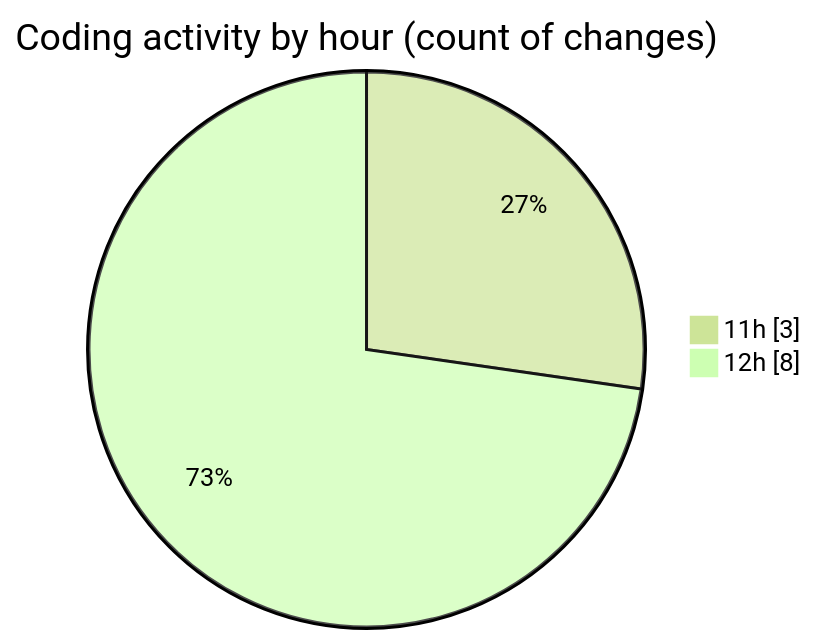
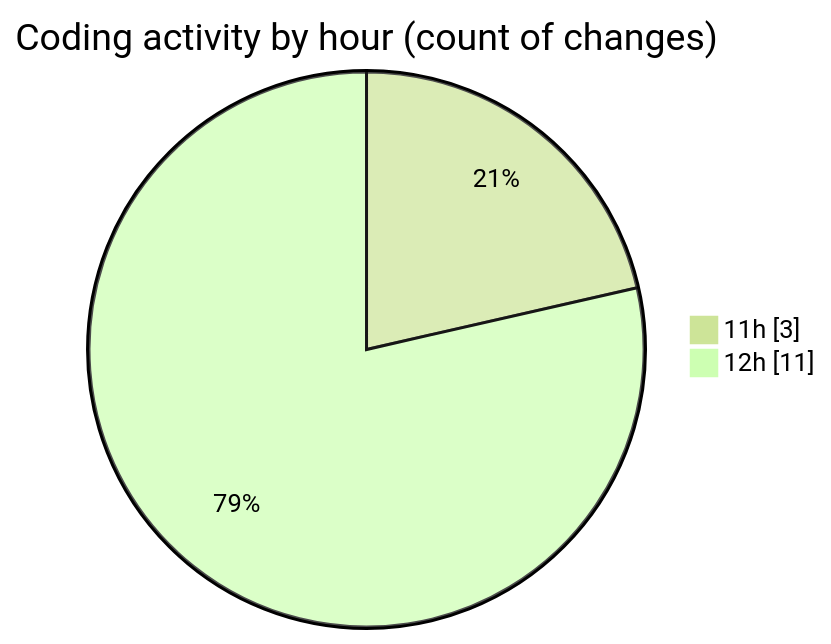
The second of 2 diagrams in 2026-03-25/nxtqube_webapp/README.md (nxtqubesakshisongat/code-tracking), drawn with Mermaid (forest theme) before and after one commit. The commit also changed other lines of this file and 1 other file, not shown here.

````diff
--- a/2026-03-25/nxtqube_webapp/README.md
+++ b/2026-03-25/nxtqube_webapp/README.md
@@ -29,6 +32,6 @@
 ```mermaid
 pie showData
 title Coding activity by hour (count of changes)
 "11h" : 3
-"12h" : 8
+"12h" : 11
 ```
````
